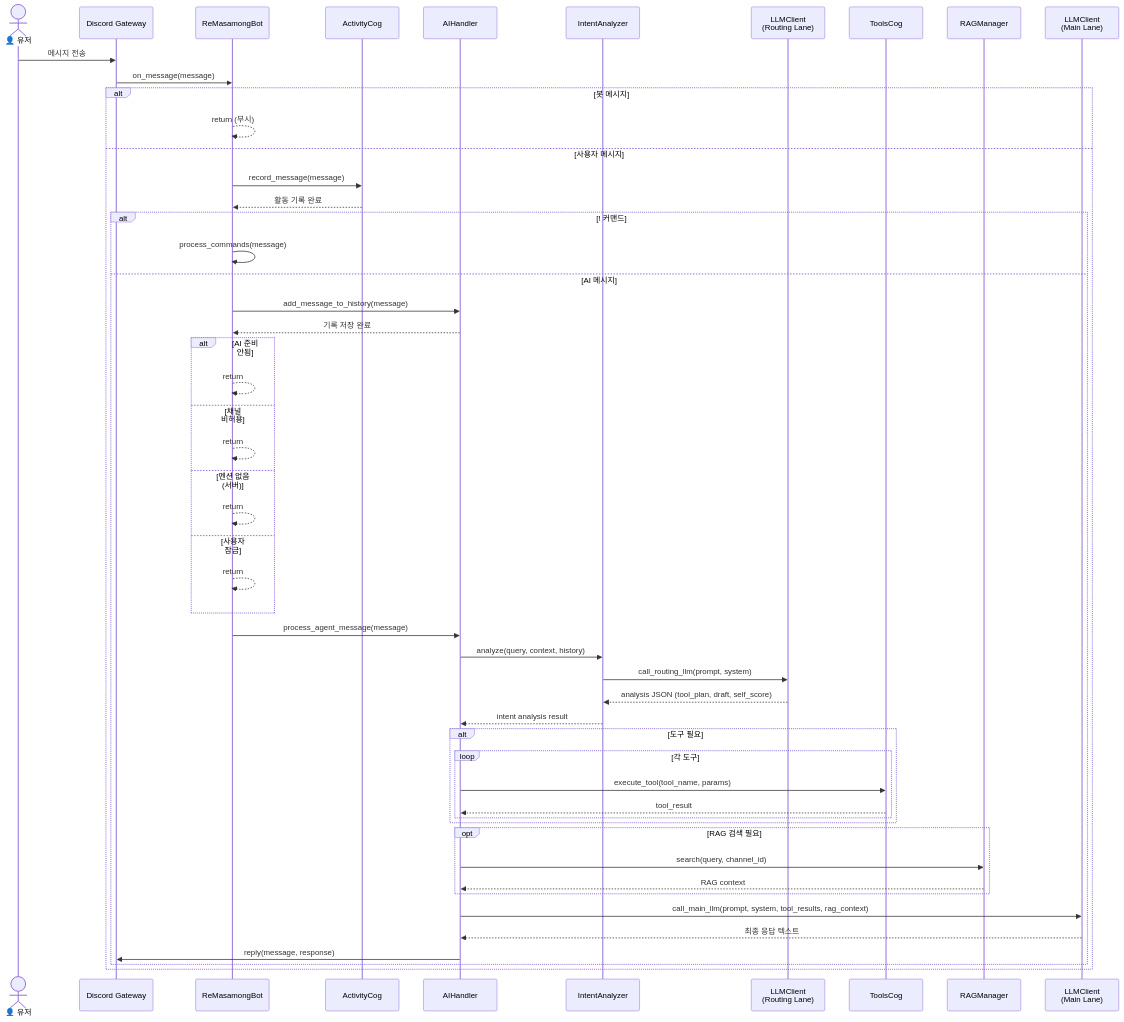
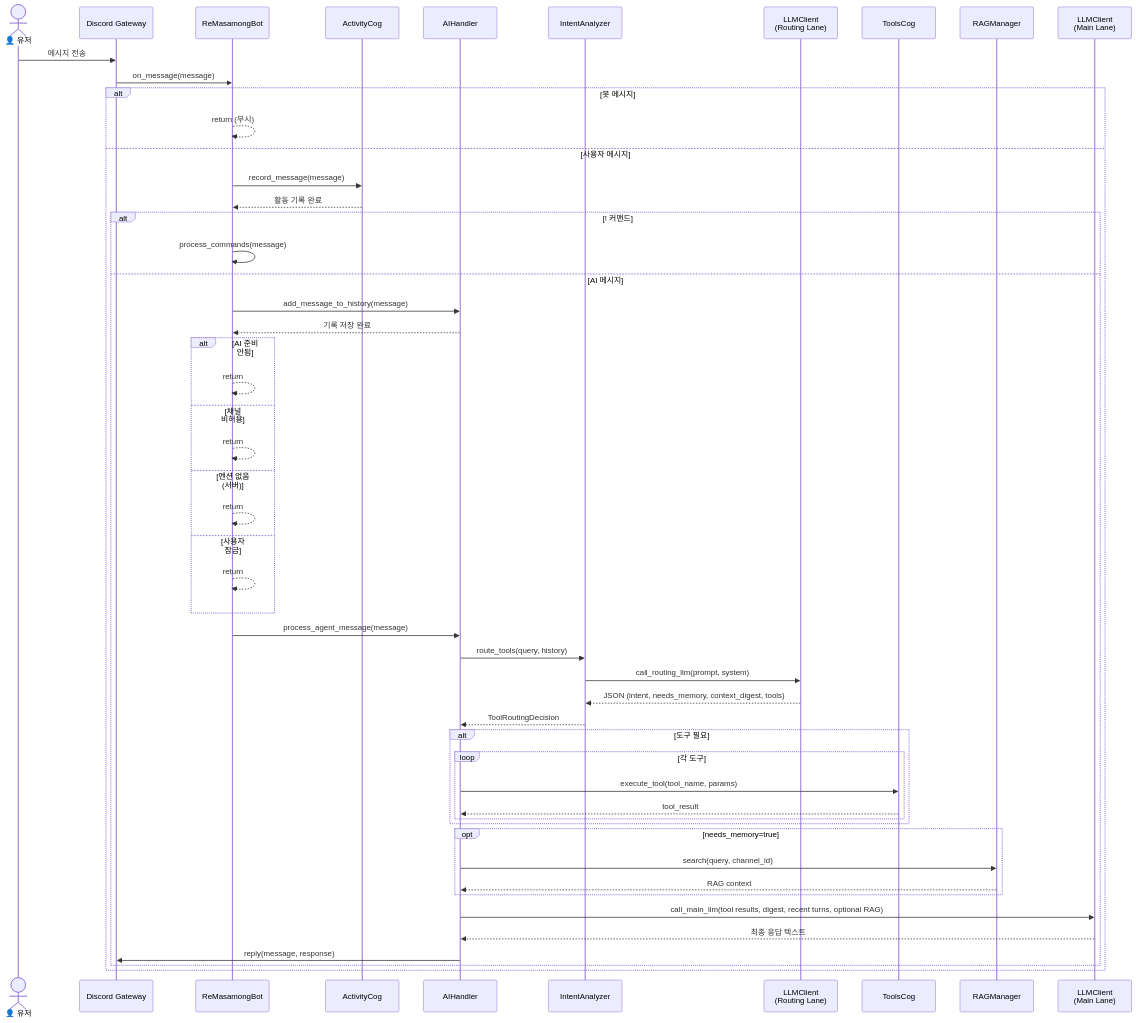
Before and after one commit to kim0040/masamong: the fifth of 15 diagrams in docs/UML_SPEC.ko.md, drawn with Mermaid. The commit also changed other lines of this file and 30 other files, not shown here.

Commit message:
Optimize semantic routing, memory context, and TiDB usage

````diff
--- a/docs/UML_SPEC.ko.md
+++ b/docs/UML_SPEC.ko.md
@@ -415,64 +415,64 @@
 ```mermaid
 sequenceDiagram
     actor User as 👤 유저
     participant Discord as Discord Gateway
     participant Bot as ReMasamongBot
     participant Activity as ActivityCog
     participant AI as AIHandler
     participant Intent as IntentAnalyzer
     participant Routing as LLMClient<br/>(Routing Lane)
     participant Tools as ToolsCog
     participant RAG as RAGManager
     participant Main as LLMClient<br/>(Main Lane)
 
     User->>Discord: 메시지 전송
     Discord->>Bot: on_message(message)
 
     alt 봇 메시지
         Bot-->>Bot: return (무시)
     else 사용자 메시지
         Bot->>Activity: record_message(message)
         Activity-->>Bot: 활동 기록 완료
 
         alt ! 커맨드
             Bot->>Bot: process_commands(message)
         else AI 메시지
             Bot->>AI: add_message_to_history(message)
             AI-->>Bot: 기록 저장 완료
 
             alt AI 준비 안됨
                 Bot-->>Bot: return
             else 채널 비허용
                 Bot-->>Bot: return
             else 멘션 없음 (서버)
                 Bot-->>Bot: return
             else 사용자 잠금
                 Bot-->>Bot: return
             end
 
             Bot->>AI: process_agent_message(message)
 
-            AI->>Intent: analyze(query, context, history)
+            AI->>Intent: route_tools(query, history)
             Intent->>Routing: call_routing_llm(prompt, system)
-            Routing-->>Intent: analysis JSON (tool_plan, draft, self_score)
-            Intent-->>AI: intent analysis result
+            Routing-->>Intent: JSON (intent, needs_memory, context_digest, tools)
+            Intent-->>AI: ToolRoutingDecision
 
             alt 도구 필요
                 loop 각 도구
                     AI->>Tools: execute_tool(tool_name, params)
                     Tools-->>AI: tool_result
                 end
             end
 
-            opt RAG 검색 필요
+            opt needs_memory=true
                 AI->>RAG: search(query, channel_id)
                 RAG-->>AI: RAG context
             end
 
-            AI->>Main: call_main_llm(prompt, system, tool_results, rag_context)
+            AI->>Main: call_main_llm(tool results, digest, recent turns, optional RAG)
             Main-->>AI: 최종 응답 텍스트
 
             AI->>Discord: reply(message, response)
         end
     end
 ```
````
